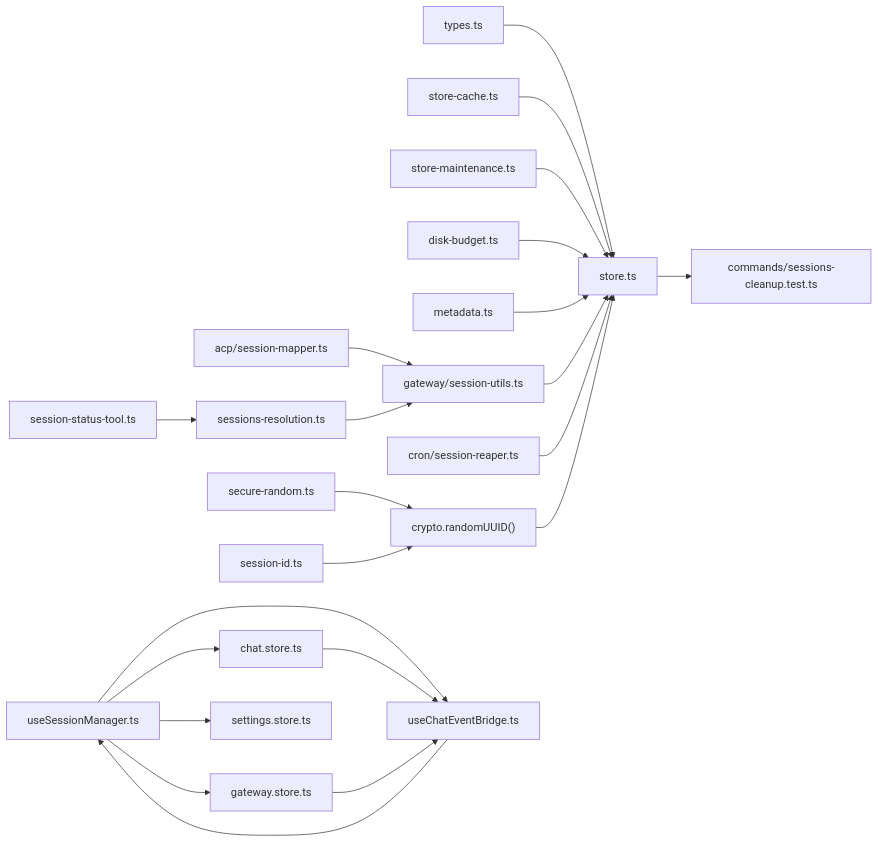
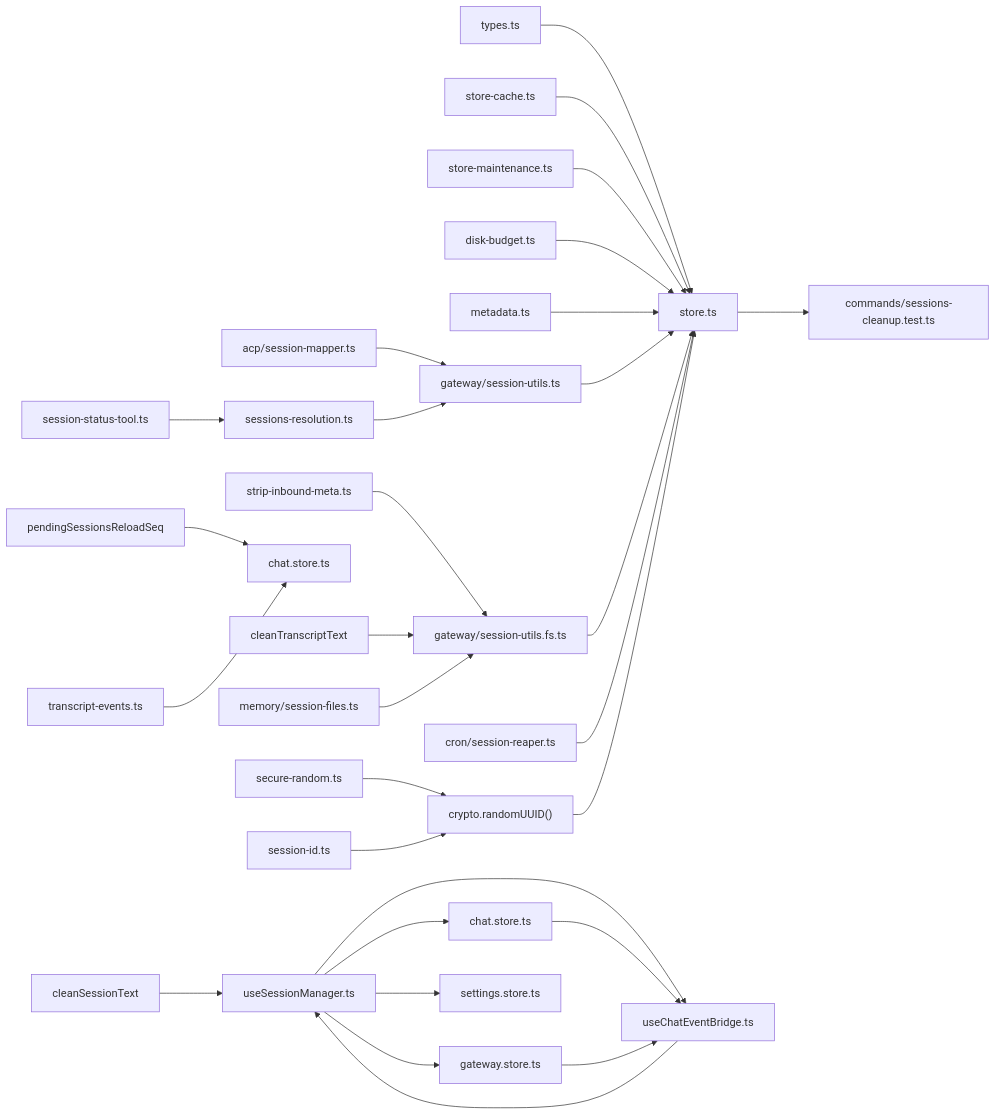
Diagram 15 of 15 in .qoder/repowiki/zh/content/核心概念/会话管理.md (verse-ai-org/openclaw), drawn with Mermaid before and after one commit. The commit also changed other lines of this file and 55 other files, not shown here.

````diff
--- a/.qoder/repowiki/zh/content/核心概念/会话管理.md
+++ b/.qoder/repowiki/zh/content/核心概念/会话管理.md
@@ -657,24 +803,31 @@
 ```mermaid
 graph LR
 Types["types.ts"] --> Store["store.ts"]
 StoreCache["store-cache.ts"] --> Store
 Maint["store-maintenance.ts"] --> Store
 Disk["disk-budget.ts"] --> Store
 Meta["metadata.ts"] --> Store
 Utils["gateway/session-utils.ts"] --> Store
+GFS["gateway/session-utils.fs.ts"] --> Store
+SIM["strip-inbound-meta.ts"] --> GFS
+CST["cleanSessionText"] --> USM["useSessionManager.ts"]
+CTS["cleanTranscriptText"] --> GFS
+PRL["pendingSessionsReloadSeq"] --> CSS["chat.store.ts"]
+MSF["memory/session-files.ts"] --> GFS
+TE["transcript-events.ts"] --> CSS
 Cron["cron/session-reaper.ts"] --> Store
 Crypto["crypto.randomUUID()"] --> Store
 SecureRand["secure-random.ts"] --> Crypto
 SessionId["session-id.ts"] --> Crypto
 ACPM["acp/session-mapper.ts"] --> Utils
 SessRes["sessions-resolution.ts"] --> Utils
 SessTool["session-status-tool.ts"] --> SessRes
 Store --> Tests["commands/sessions-cleanup.test.ts"]
-USM["useSessionManager.ts"] --> ChatStore["chat.store.ts"]
+USM --> ChatStore["chat.store.ts"]
 USM --> GatewayStore["gateway.store.ts"]
 USM --> SettingsStore["settings.store.ts"]
 USM --> ChatEventBridge["useChatEventBridge.ts"]
 ChatStore --> ChatEventBridge
 GatewayStore --> ChatEventBridge
 ChatEventBridge --> USM
 ```
````
